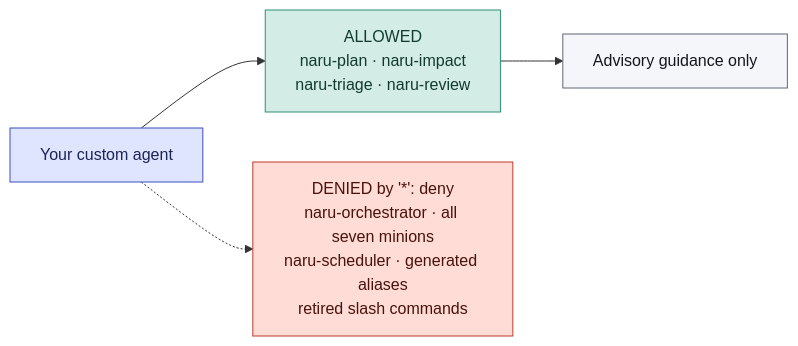
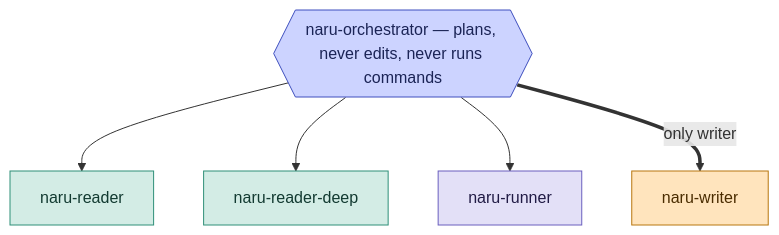
Before and after one commit to sean35mm/naru-opencode: the diagram in docs/src/content/docs/workflows/agents.md, drawn with Mermaid. The commit also changed other lines of this file and 24 other files, not shown here.

First line of the commit message:
docs: rewrite documentation for the v-next architecture

````diff
--- a/docs/src/content/docs/workflows/agents.md
+++ b/docs/src/content/docs/workflows/agents.md
@@ -35,15 +10,16 @@
 ```mermaid
-flowchart LR
-  CA["Your custom agent"]:::entry
-  OK["ALLOWED<br/>naru-plan · naru-impact<br/>naru-triage · naru-review"]:::read
-  NO["DENIED by '*': deny<br/>naru-orchestrator · all seven minions<br/>naru-scheduler · generated aliases<br/>retired slash commands"]:::danger
-  G["Advisory guidance only"]:::artifact
+flowchart TB
+  ORC{{"naru-orchestrator — plans, never edits, never runs commands"}}:::coord
+  RD["naru-reader"]:::read
+  RDD["naru-reader-deep"]:::read
+  RUN["naru-runner"]:::shell
+  WR["naru-writer"]:::write
 
-  CA --> OK --> G
-  CA -.-> NO
+  ORC --> RD & RDD & RUN
+  ORC ==>|"only writer"| WR
 
-  classDef entry fill:#dfe4ff,stroke:#3f4fbe,color:#1b2456
+  classDef coord fill:#ccd3ff,stroke:#3f4fbe,color:#1b2456
   classDef read fill:#d3ece5,stroke:#2f8f78,color:#123a31
-  classDef danger fill:#ffdcd6,stroke:#c0392b,color:#4a120c
-  classDef artifact fill:#f5f6fa,stroke:#5f6675,color:#14161d
+  classDef shell fill:#e3e0f7,stroke:#6a5fbe,color:#211b45
+  classDef write fill:#ffe4bd,stroke:#b8760f,color:#4a2c00
 ```
````
